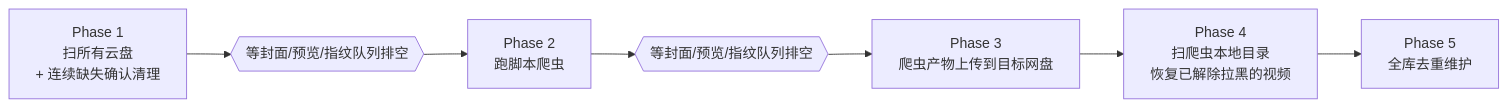
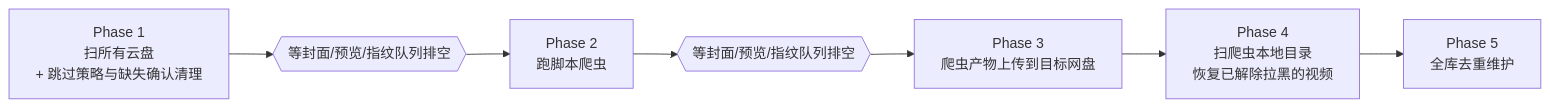
The third of 3 diagrams in backend/README.md (BAIBAIGE/91), drawn with Mermaid before and after one commit. The commit also changed other lines of this file and 24 other files, not shown here.

````diff
--- a/backend/README.md
+++ b/backend/README.md
@@ -326,9 +331,9 @@
 ```mermaid
 flowchart LR
-    P1["Phase 1<br/>扫所有云盘<br/>+ 连续缺失确认清理"] --> W1{{"等封面/预览/指纹队列排空"}}
+    P1["Phase 1<br/>扫所有云盘<br/>+ 跳过策略与缺失确认清理"] --> W1{{"等封面/预览/指纹队列排空"}}
     W1 --> P2["Phase 2<br/>跑脚本爬虫"]
     P2 --> W2{{"等封面/预览/指纹队列排空"}}
     W2 --> P3["Phase 3<br/>爬虫产物上传到目标网盘"]
     P3 --> P4["Phase 4<br/>扫爬虫本地目录<br/>恢复已解除拉黑的视频"]
     P4 --> P5["Phase 5<br/>全库去重维护"]
 ```
````
